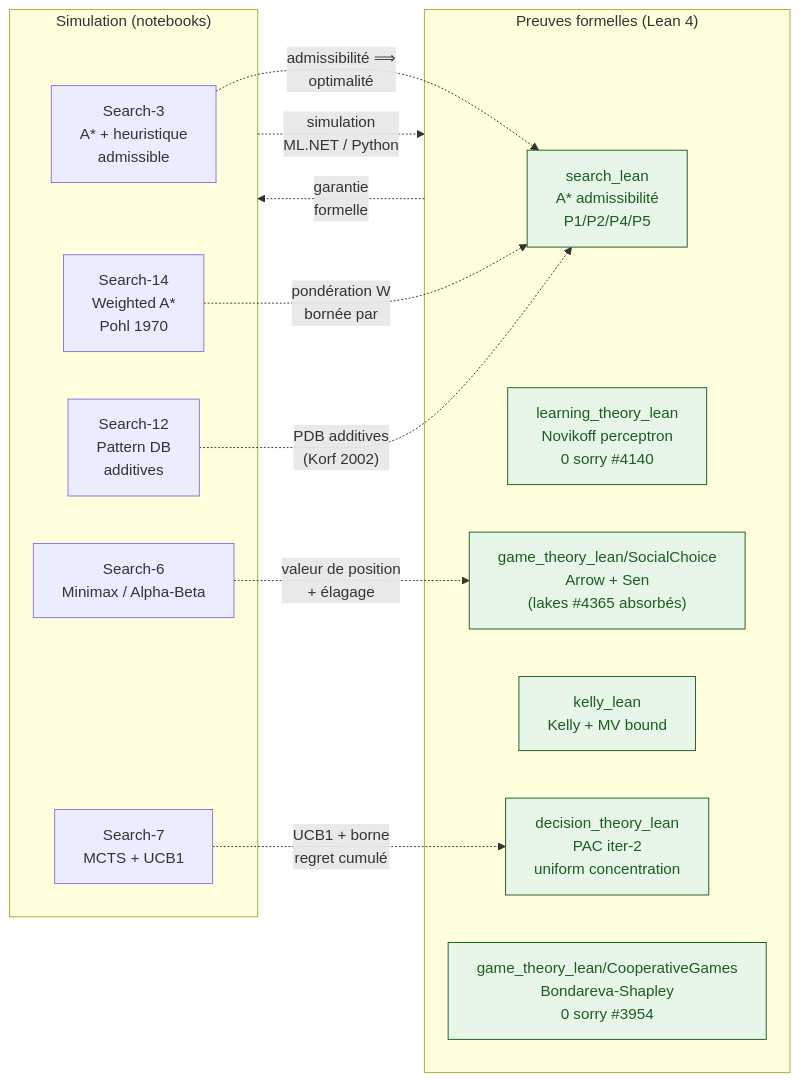
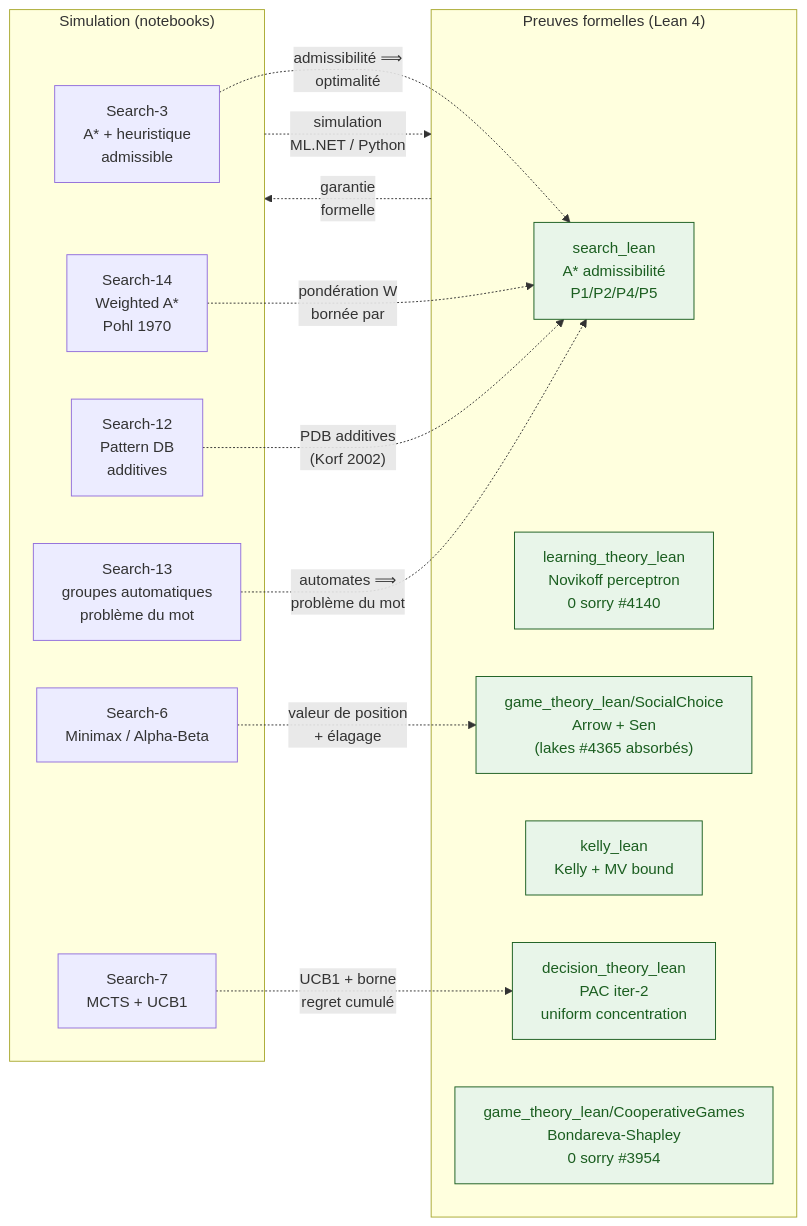
Before and after one commit to jsboige/CoursIA: the second of 2 diagrams in MyIA.AI.Notebooks/Search/README.md, drawn with Mermaid. The commit also changed other lines of this file and 3 other files, not shown here.

````diff
--- a/MyIA.AI.Notebooks/Search/README.md
+++ b/MyIA.AI.Notebooks/Search/README.md
@@ -598,27 +599,29 @@
 ```mermaid
 flowchart LR
     subgraph SIM["Simulation (notebooks)"]
         S3["Search-3<br/>A* + heuristique<br/>admissible"]
         S14["Search-14<br/>Weighted A*<br/>Pohl 1970"]
         S12["Search-12<br/>Pattern DB<br/>additives"]
+        S13["Search-13<br/>groupes automatiques<br/>problème du mot"]
         S6["Search-6<br/>Minimax / Alpha-Beta"]
         S7["Search-7<br/>MCTS + UCB1"]
     end
     subgraph LEAN["Preuves formelles (Lean 4)"]
         LA["search_lean<br/>A* admissibilité<br/>P1/P2/P4/P5"]
         LM["learning_theory_lean<br/>Novikoff perceptron<br/>0 sorry #4140"]
         LP["decision_theory_lean<br/>PAC iter-2<br/>uniform concentration"]
         LK["kelly_lean<br/>Kelly + MV bound"]
         LG["game_theory_lean/SocialChoice<br/>Arrow + Sen<br/>(lakes #4365 absorbés)"]
         LB["game_theory_lean/CooperativeGames<br/>Bondareva-Shapley<br/>0 sorry #3954"]
     end
     S3 -.->|"admissibilité ⟹<br/>optimalité"| LA
     S14 -.->|"pondération W<br/>bornée par"| LA
     S12 -.->|"PDB additives<br/>(Korf 2002)"| LA
+    S13 -.->|"automates ⟹<br/>problème du mot"| LA
     S6 -.->|"valeur de position<br/>+ élagage"| LG
     S7 -.->|"UCB1 + borne<br/>regret cumulé"| LP
     SIM -.->|"simulation<br/>ML.NET / Python"| LEAN
     LEAN -.->|"garantie<br/>formelle"| SIM
     classDef lean fill:#e8f5e9,stroke:#1b5e20,color:#1b5e20
     class LA,LM,LP,LK,LG,LB lean
 ```
````
